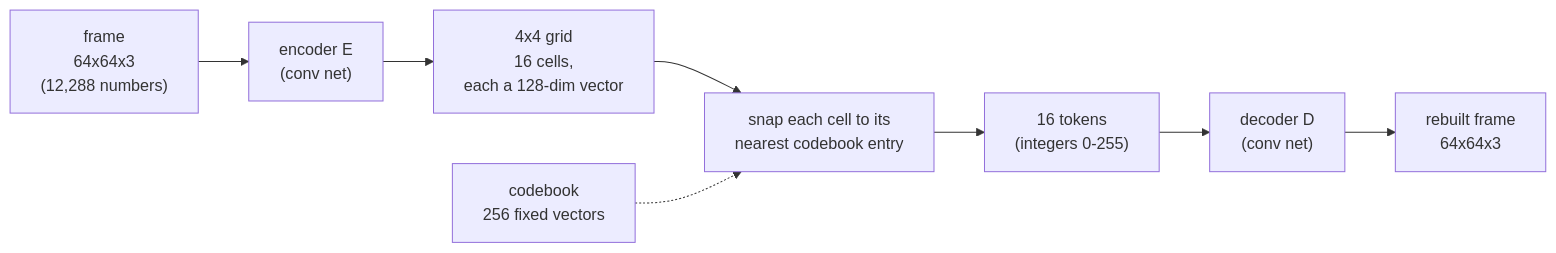
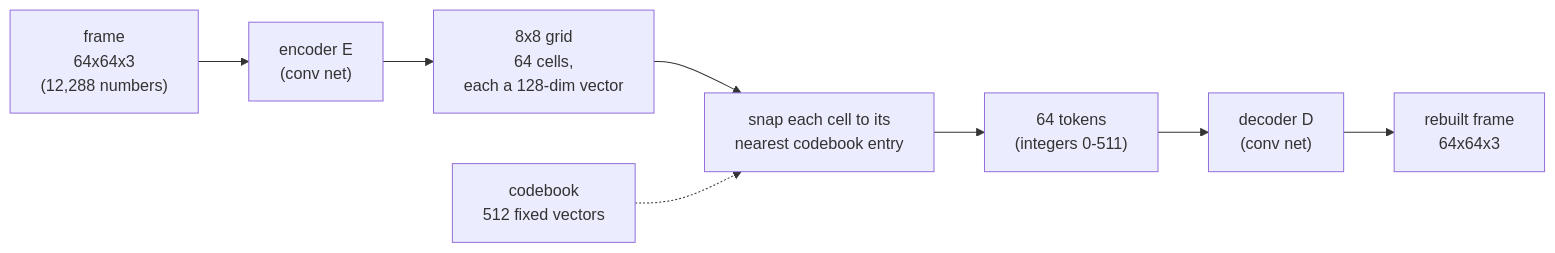
One commit to S1LV3RJ1NX/RL-in-Production-Bootcamp-Resources changed the second of 3 diagrams in blogs/11-world-models/README.md. Above: the diagram before and after it, drawn with Mermaid. The commit also changed other lines of this file and 18 other files, not shown here.

````diff
--- a/blogs/11-world-models/README.md
+++ b/blogs/11-world-models/README.md
@@ -71,10 +77,10 @@
 ```mermaid
 flowchart LR
     F["frame<br/>64x64x3<br/>(12,288 numbers)"] --> E["encoder E<br/>(conv net)"]
-    E --> G["4x4 grid<br/>16 cells,<br/>each a 128-dim vector"]
+    E --> G["8x8 grid<br/>64 cells,<br/>each a 128-dim vector"]
     G --> S["snap each cell to its<br/>nearest codebook entry"]
-    CB["codebook<br/>256 fixed vectors"] -.-> S
-    S --> T["16 tokens<br/>(integers 0-255)"]
+    CB["codebook<br/>512 fixed vectors"] -.-> S
+    S --> T["64 tokens<br/>(integers 0-511)"]
     T --> D["decoder D<br/>(conv net)"]
     D --> R["rebuilt frame<br/>64x64x3"]
 ```
````
